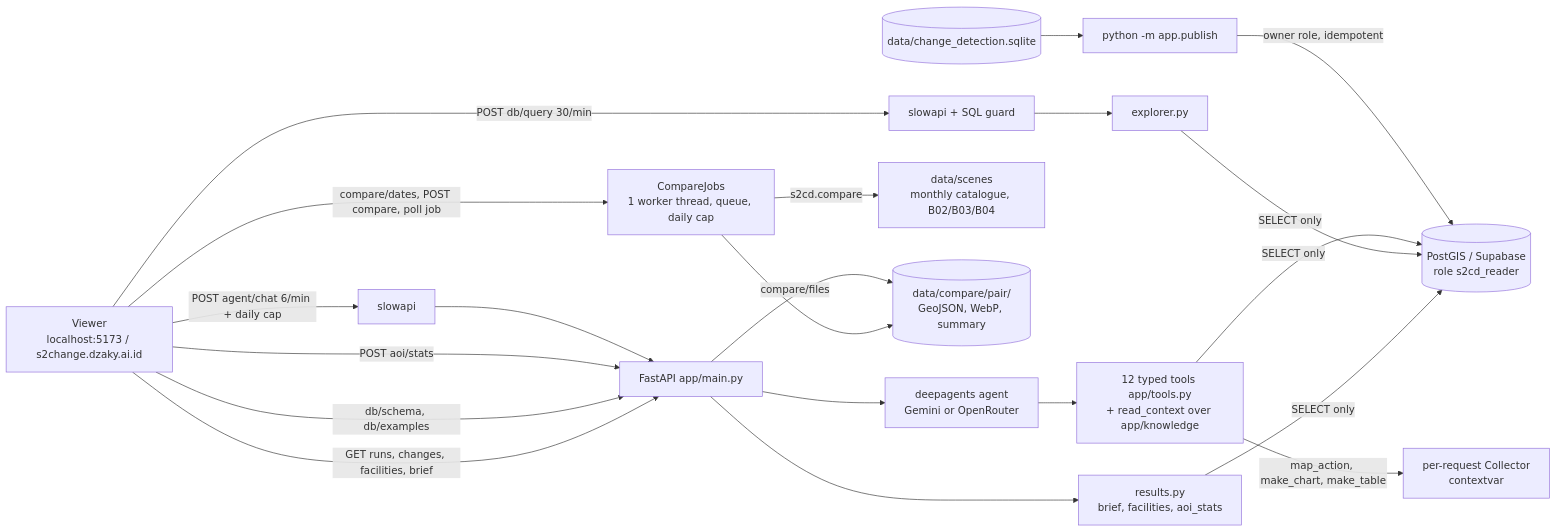
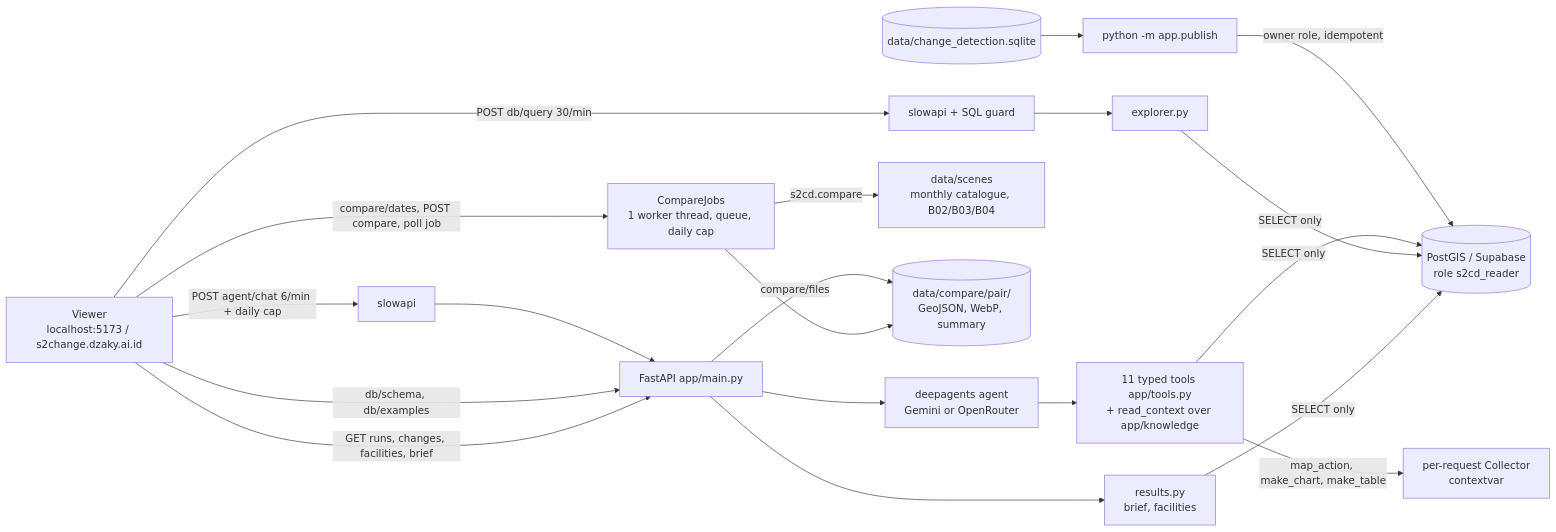
One commit to dzakybd/s2change changed the diagram in app/README.md. Above: the diagram before and after it, drawn with Mermaid. The commit also changed other lines of this file and 100 other files, not shown here.

````diff
--- a/app/README.md
+++ b/app/README.md
@@ -5,23 +5,22 @@
 ```mermaid
 flowchart LR
   UI[Viewer<br/>localhost:5173 / s2change.dzaky.ai.id] -->|GET runs, changes, facilities, brief| API[FastAPI app/main.py]
   UI -->|db/schema, db/examples| API
   UI -->|POST db/query 30/min| RLD[slowapi + SQL guard]
-  UI -->|POST aoi/stats| API
   UI -->|compare/dates, POST compare, poll job| JOBS[CompareJobs<br/>1 worker thread, queue, daily cap]
   UI -->|POST agent/chat 6/min + daily cap| RLA[slowapi]
   RLD --> EXP[explorer.py]
   RLA --> API
-  API --> RES[results.py<br/>brief, facilities, aoi_stats]
+  API --> RES[results.py<br/>brief, facilities]
   API --> AG[deepagents agent<br/>Gemini or OpenRouter]
-  AG --> T[12 typed tools app/tools.py<br/>+ read_context over app/knowledge]
+  AG --> T[11 typed tools app/tools.py<br/>+ read_context over app/knowledge]
   RES -->|SELECT only| DB[(PostGIS / Supabase<br/>role s2cd_reader)]
   EXP -->|SELECT only| DB
   T -->|SELECT only| DB
   T -->|map_action, make_chart, make_table| C[per-request Collector<br/>contextvar]
   JOBS -->|s2cd.compare| SCENES[data/scenes<br/>monthly catalogue, B02/B03/B04]
   JOBS --> FILES[(data/compare/pair/<br/>GeoJSON, WebP, summary)]
   API -->|compare/files| FILES
   PUB[python -m app.publish] -->|owner role, idempotent| DB
   SQ[(data/change_detection.sqlite)] --> PUB
 ```
````
